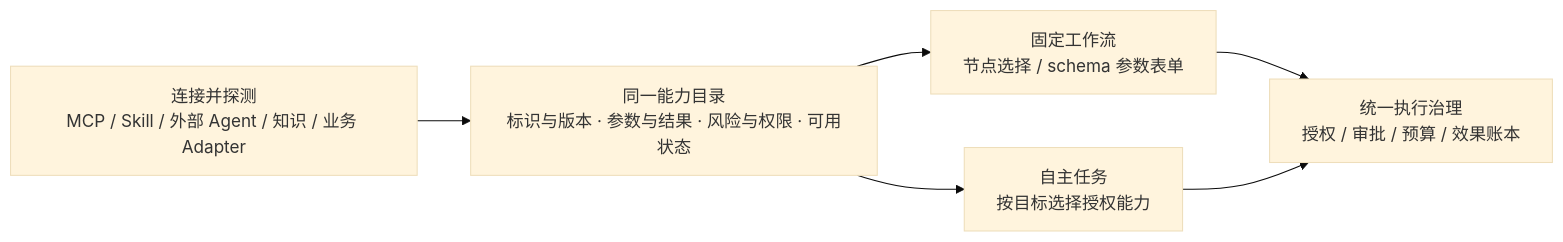
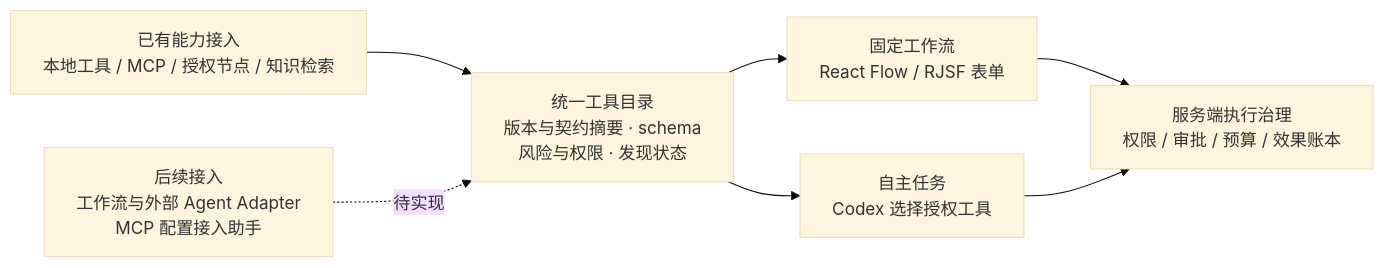
Before and after one commit to nontracey/AgentOS-Core: the diagram in docs/modules/capabilities.md, drawn with Mermaid. The commit also changed other lines of this file and 37 other files, not shown here.

````diff
--- a/docs/modules/capabilities.md
+++ b/docs/modules/capabilities.md
@@ -21,12 +20,14 @@
 ```mermaid
 %%{init: {"flowchart": {"wrappingWidth": 320}, "theme": "base"}}%%
 flowchart LR
-    Connect["连接并探测<br/>MCP / Skill / 外部 Agent / 知识 / 业务 Adapter"]
-    Catalog["同一能力目录<br/>标识与版本 · 参数与结果 · 风险与权限 · 可用状态"]
-    Flow["固定工作流<br/>节点选择 / schema 参数表单"]
-    Auto["自主任务<br/>按目标选择授权能力"]
-    Gate["统一执行治理<br/>授权 / 审批 / 预算 / 效果账本"]
+    Connect["已有能力接入<br/>本地工具 / MCP / 授权节点 / 知识检索"]
+    Catalog["统一工具目录<br/>版本与契约摘要 · schema<br/>风险与权限 · 发现状态"]
+    Flow["固定工作流<br/>React Flow / RJSF 表单"]
+    Auto["自主任务<br/>Codex 选择授权工具"]
+    Gate["服务端执行治理<br/>权限 / 审批 / 预算 / 效果账本"]
+    Future["后续接入<br/>工作流与外部 Agent Adapter<br/>MCP 配置接入助手"]
     Connect --> Catalog
     Catalog --> Flow --> Gate
     Catalog --> Auto --> Gate
+    Future -. 待实现 .-> Catalog
 ```
````
